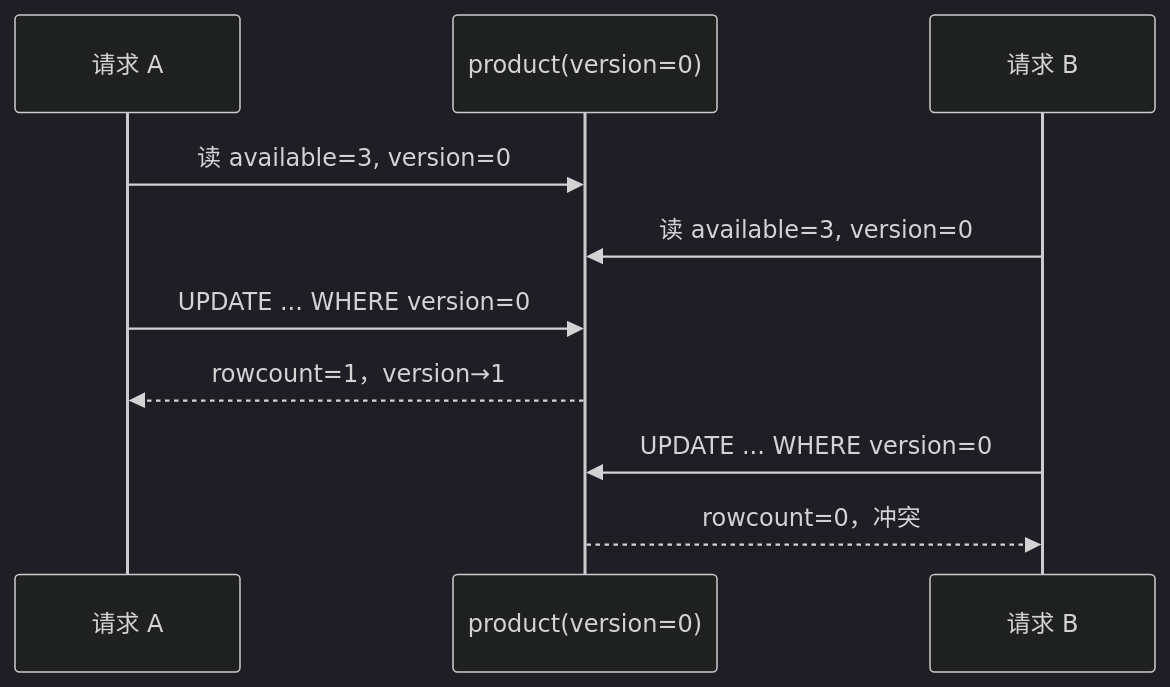
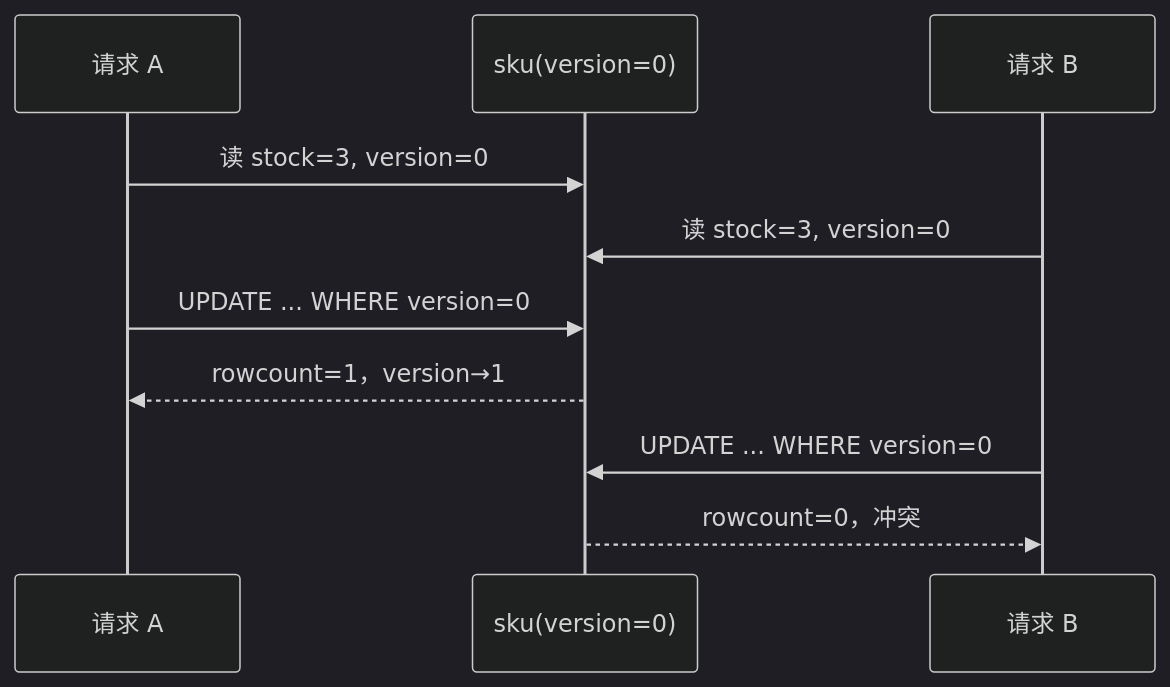
The diagram in 锁教程/03-乐观锁/讲义.md (tianshiyang/ai-lab), drawn with Mermaid (dark theme) before and after one commit. The commit also changed other lines of this file and 10 other files, not shown here.

````diff
--- a/锁教程/03-乐观锁/讲义.md
+++ b/锁教程/03-乐观锁/讲义.md
@@ -77,13 +75,13 @@
 ```mermaid
 sequenceDiagram
     participant A as 请求 A
-    participant DB as product(version=0)
+    participant DB as sku(version=0)
     participant B as 请求 B
 
-    A->>DB: 读 available=3, version=0
-    B->>DB: 读 available=3, version=0
+    A->>DB: 读 stock=3, version=0
+    B->>DB: 读 stock=3, version=0
     A->>DB: UPDATE ... WHERE version=0
     DB-->>A: rowcount=1，version→1
     B->>DB: UPDATE ... WHERE version=0
     DB-->>B: rowcount=0，冲突
 ```
````
